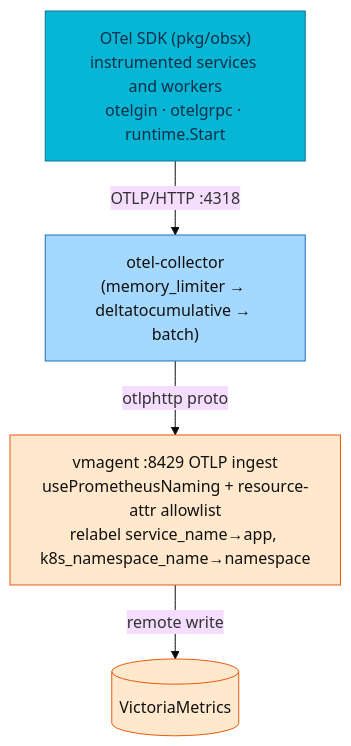
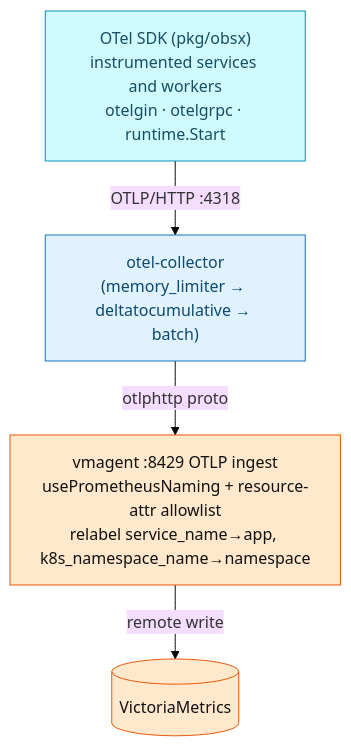
Before and after one commit to duynhlab/homelab: the second of 2 diagrams in docs/api/metrics.md, drawn with Mermaid (base theme). The commit also changed other lines of this file and 174 other files, not shown here.

First line of the commit message:
Soft-tint diagram palette, a signal-flow diagram, a Linux-ready Draw.io skill

````diff
--- a/docs/api/metrics.md
+++ b/docs/api/metrics.md
@@ -233,19 +233,19 @@
 ```mermaid
 flowchart TD
     SDK["OTel SDK (pkg/obsx)<br/>instrumented services and workers<br/>otelgin · otelgrpc · runtime.Start"] -->|"OTLP/HTTP :4318"| COL["otel-collector<br/>(memory_limiter → deltatocumulative → batch)"]
     COL -->|"otlphttp proto"| VMA["vmagent :8429 OTLP ingest<br/>usePrometheusNaming + resource-attr allowlist<br/>relabel service_name→app, k8s_namespace_name→namespace"]
     VMA -->|remote write| VMS[("VictoriaMetrics")]
 
-    classDef service fill:#06b6d4,color:#082f49,stroke:#0e7490;
-    classDef edge fill:#2563eb,color:#fff,stroke:#1e3a8a;
-    classDef platform fill:#7c3aed,color:#fff,stroke:#5b21b6;
-    classDef external fill:#64748b,color:#fff,stroke:#334155;
-    classDef data fill:#22c55e,color:#052e16,stroke:#15803d;
+    classDef service fill:#cffafe,color:#164e63,stroke:#0891b2;
+    classDef edge fill:#dbeafe,color:#1e3a8a,stroke:#2563eb;
+    classDef platform fill:#ede9fe,color:#4c1d95,stroke:#7c3aed;
+    classDef external fill:#f1f5f9,color:#334155,stroke:#64748b;
+    classDef data fill:#dcfce7,color:#14532d,stroke:#16a34a;
     classDef metric fill:#ffe8cc,color:#111,stroke:#e8590c;
     classDef log fill:#d3f9d8,color:#111,stroke:#2f9e44;
     classDef trace fill:#c5f6fa,color:#111,stroke:#0c8599;
-    classDef collector fill:#a5d8ff,color:#111,stroke:#1971c2;
+    classDef collector fill:#e0f2fe,color:#0c4a6e,stroke:#1971c2;
     class SDK service;
     class COL collector;
     class VMA,VMS metric;
 ```
````
